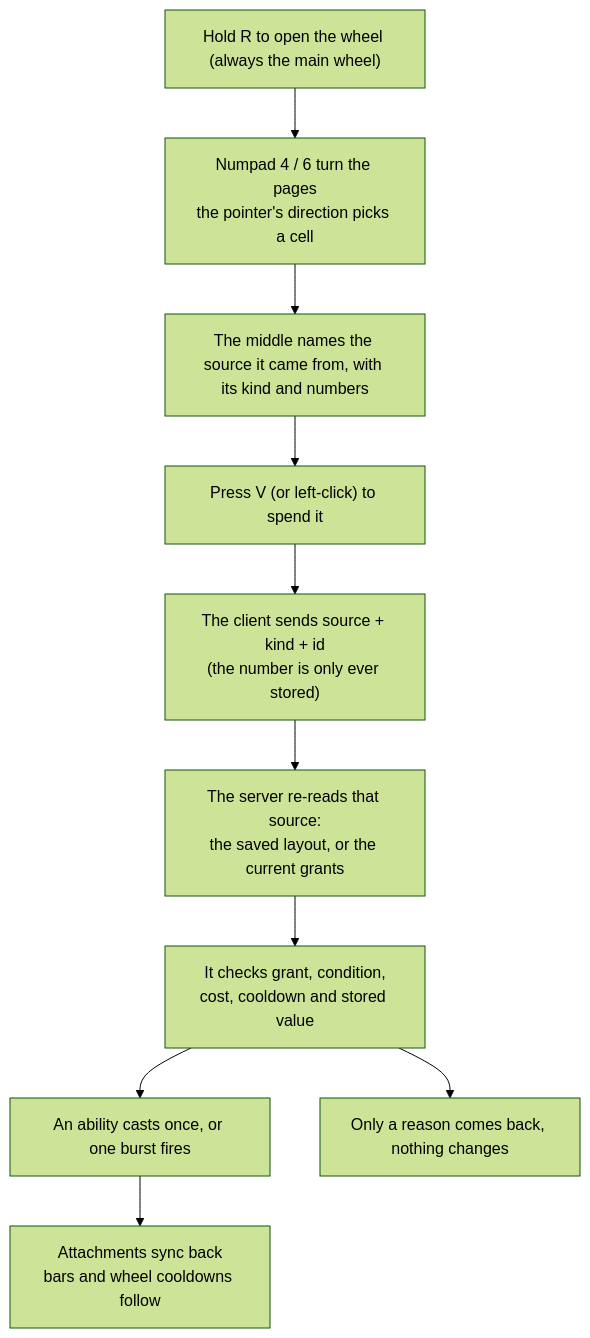
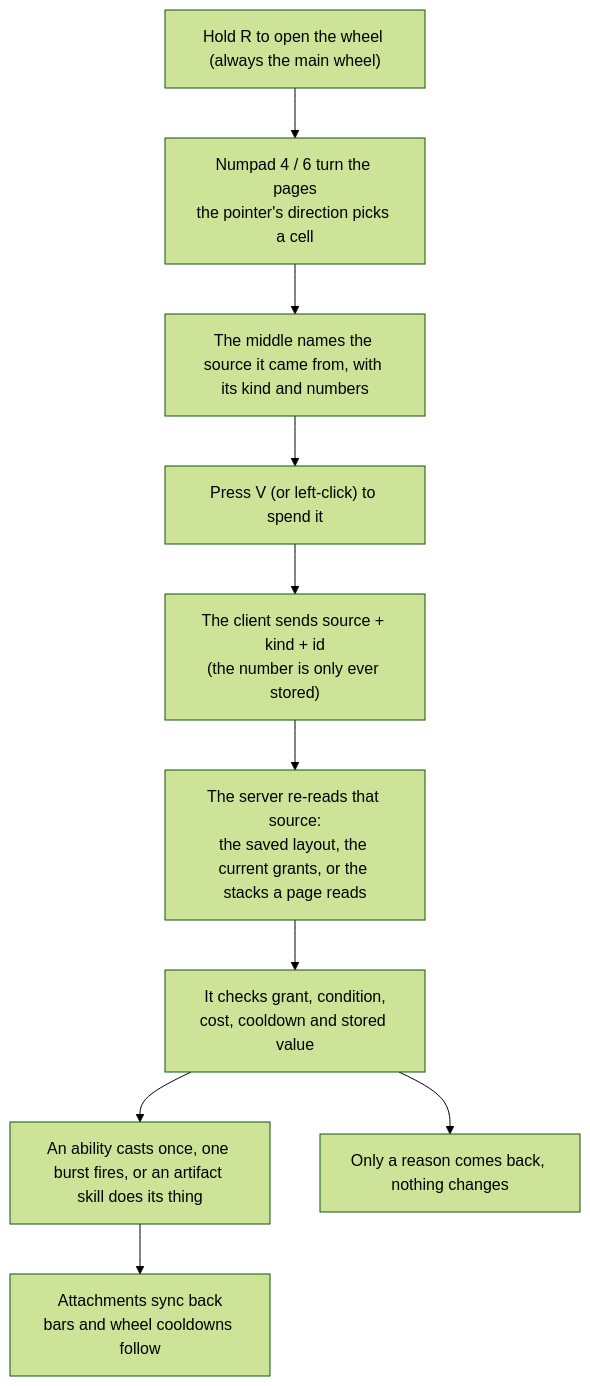
One commit to IAFEnvoy/mxt-docs changed the diagram in docs/en/player-guide/keys-and-hud.md. Above: the diagram before and after it, drawn with Mermaid (forest theme). The commit also changed other lines of this file and 17 other files, not shown here.

````diff
--- a/docs/en/player-guide/keys-and-hud.md
+++ b/docs/en/player-guide/keys-and-hud.md
@@ -75,12 +82,12 @@
 ```mermaid
 flowchart TD
     A["Hold R to open the wheel (always the main wheel)"] --> B["Numpad 4 / 6 turn the pages<br/>the pointer's direction picks a cell"]
     B --> C["The middle names the source it came from, with its kind and numbers"]
     C --> D["Press V (or left-click) to spend it"]
     D --> E["The client sends source + kind + id<br/>(the number is only ever stored)"]
-    E --> F0["The server re-reads that source:<br/>the saved layout, or the current grants"]
+    E --> F0["The server re-reads that source:<br/>the saved layout, the current grants, or the stacks a page reads"]
     F0 --> F["It checks grant, condition,<br/>cost, cooldown and stored value"]
-    F --> G["An ability casts once, or one burst fires"]
+    F --> G["An ability casts once, one burst fires, or an artifact skill does its thing"]
     F --> H["Only a reason comes back, nothing changes"]
     G --> I["Attachments sync back<br/>bars and wheel cooldowns follow"]
 ```
````
